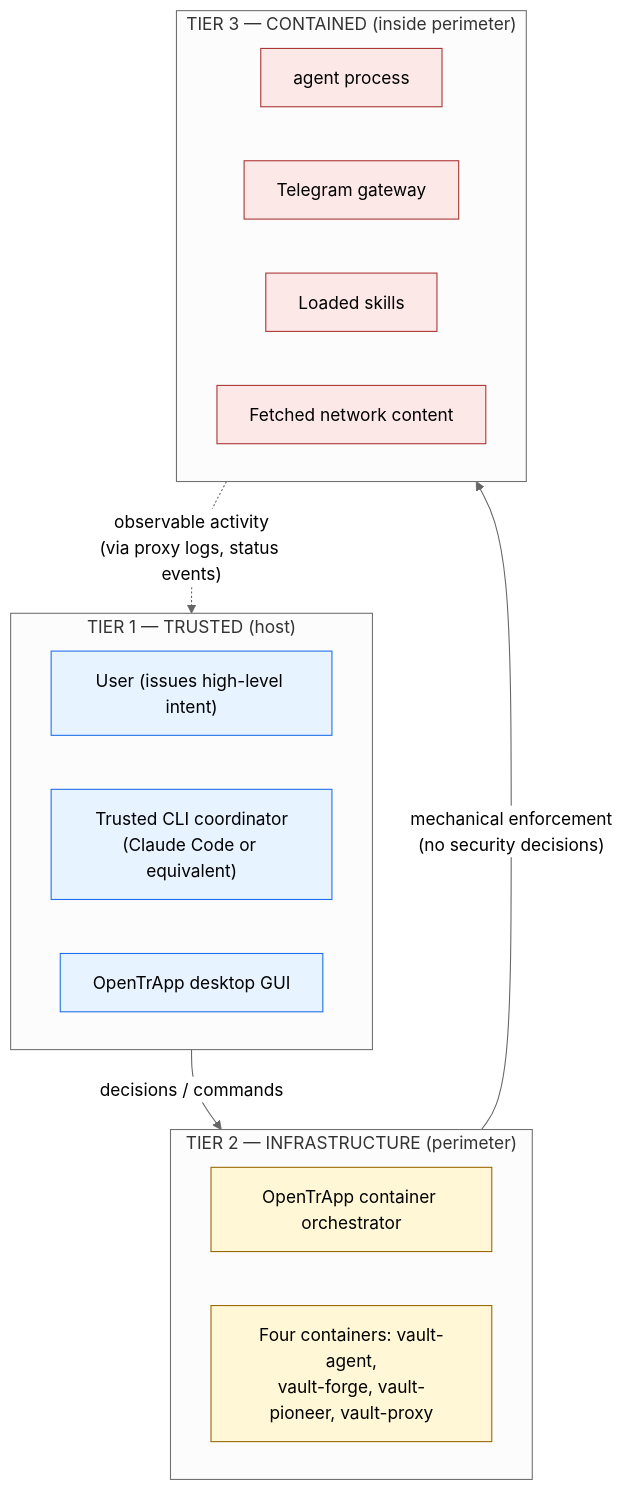
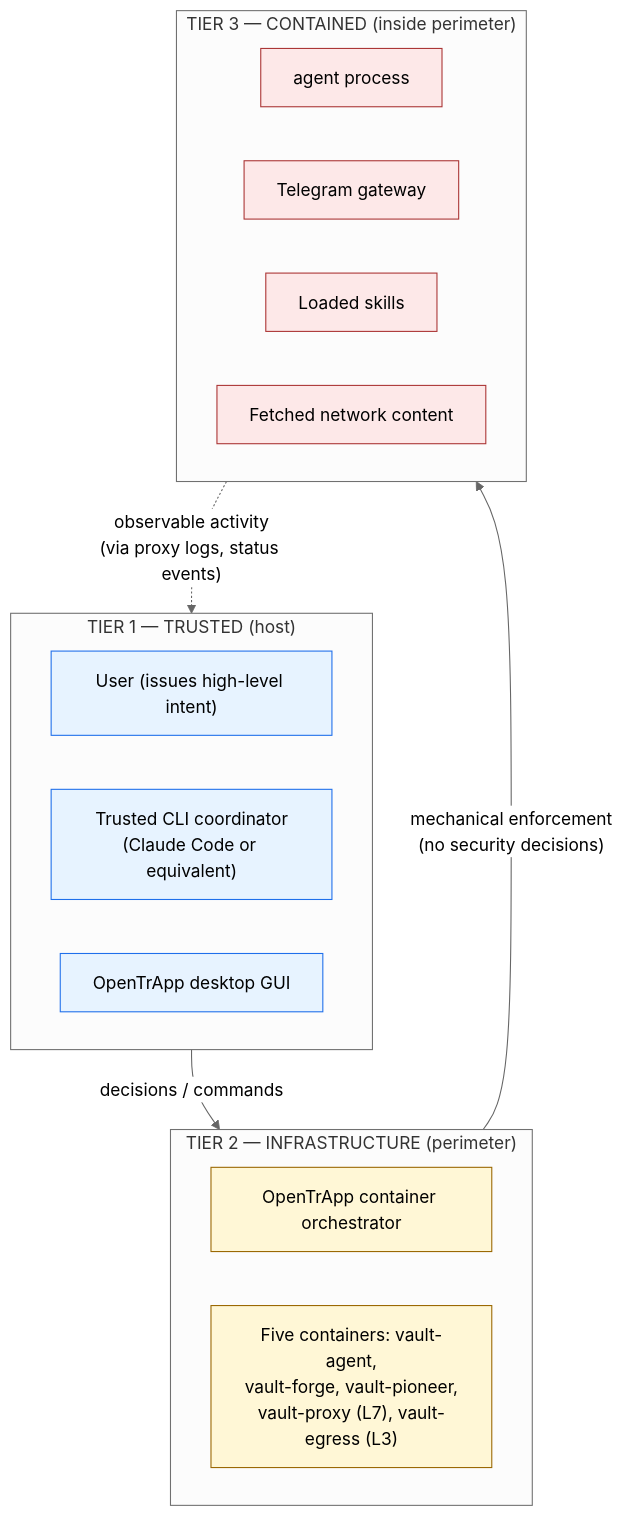
The second of 5 diagrams in docs/diagrams.md (albertdobmeyer/opentrapp), drawn with Mermaid (neutral theme) before and after one commit. The commit also changed other lines of this file and 23 other files, not shown here.

First line of the commit message:
feat(perimeter): five-container topology with L7/L3 egress split (ADR-0009, ADR-0010)

````diff
--- a/docs/diagrams.md
+++ b/docs/diagrams.md
@@ -72,35 +74,35 @@
 ```mermaid
 flowchart TD
     subgraph T1["TIER 1 — TRUSTED (host)"]
         direction LR
         T1A["User (issues high-level intent)"]
         T1B["Trusted CLI coordinator<br/>(Claude Code or equivalent)"]
         T1C["OpenTrApp desktop GUI"]
     end
 
     subgraph T2["TIER 2 — INFRASTRUCTURE (perimeter)"]
         direction LR
         T2A["OpenTrApp container orchestrator"]
-        T2B["Four containers: vault-agent,<br/>vault-forge, vault-pioneer, vault-proxy"]
+        T2B["Five containers: vault-agent,<br/>vault-forge, vault-pioneer,<br/>vault-proxy (L7), vault-egress (L3)"]
     end
 
     subgraph T3["TIER 3 — CONTAINED (inside perimeter)"]
         direction LR
         T3A[agent process]
         T3B[Telegram gateway]
         T3C[Loaded skills]
         T3D[Fetched network content]
     end
 
     T1 -->|"decisions / commands"| T2
     T2 -->|"mechanical enforcement<br/>(no security decisions)"| T3
     T3 -.->|"observable activity<br/>(via proxy logs, status events)"| T1
 
     classDef trusted fill:#e7f3ff,stroke:#1f6feb,color:#000
     classDef infra fill:#fff7d6,stroke:#9a6700,color:#000
     classDef contained fill:#fde8e8,stroke:#aa3333,color:#000
 
     class T1A,T1B,T1C trusted
     class T2A,T2B infra
     class T3A,T3B,T3C,T3D contained
 ```
````
